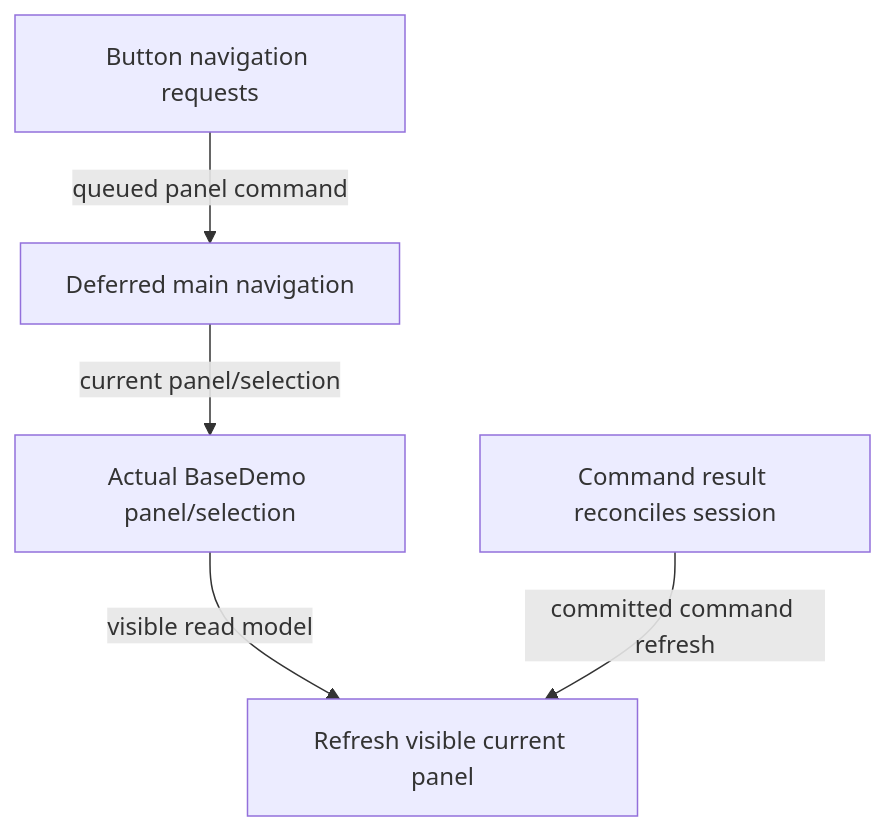
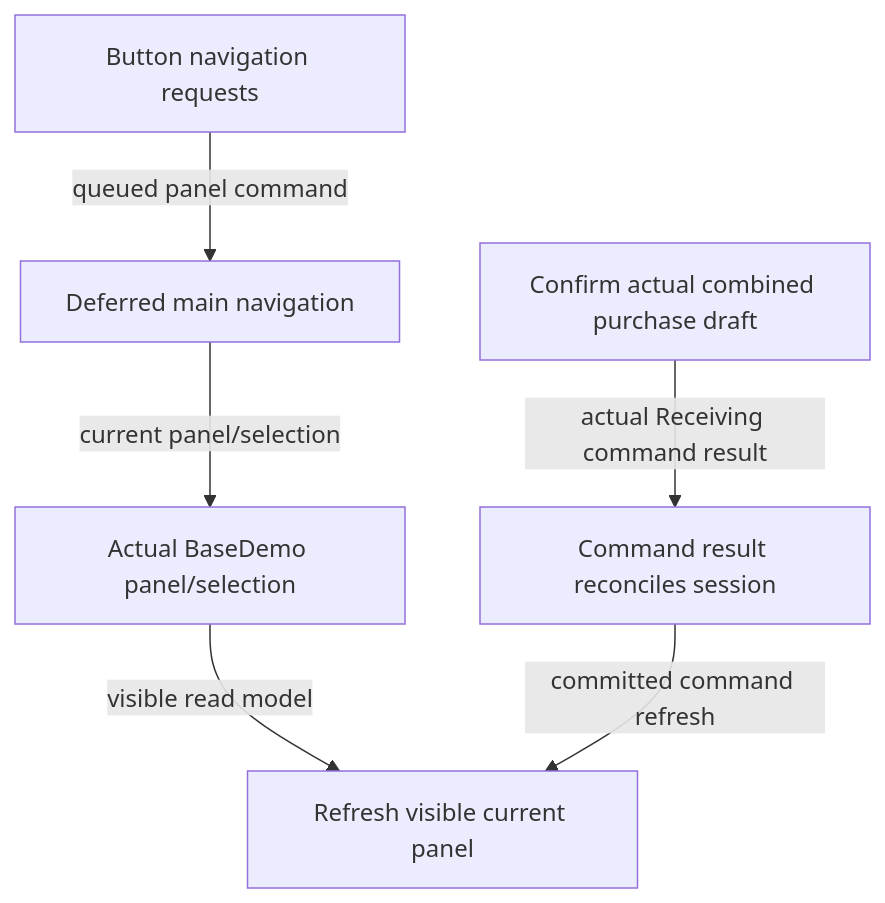
Before and after one commit to TheInfinityIQ/Trencho_V4: diagram 41 of 49 in docs/system_atlas.md, drawn with Mermaid. The commit also changed other lines of this file and 13 other files, not shown here.

````diff
--- a/docs/system_atlas.md
+++ b/docs/system_atlas.md
@@ -1244,12 +1260,14 @@
 ```mermaid
 flowchart TD
     n0["Button navigation requests"]
     n1["Deferred main navigation"]
     n2["Actual BaseDemo panel/selection"]
     n3["Command result reconciles session"]
     n4["Refresh visible current panel"]
+    n5["Confirm actual combined purchase draft"]
     n0 -->|"queued panel command"| n1
     n1 -->|"current panel/selection"| n2
     n2 -->|"visible read model"| n4
     n3 -->|"committed command refresh"| n4
+    n5 -->|"actual Receiving command result"| n3
 ```
````
